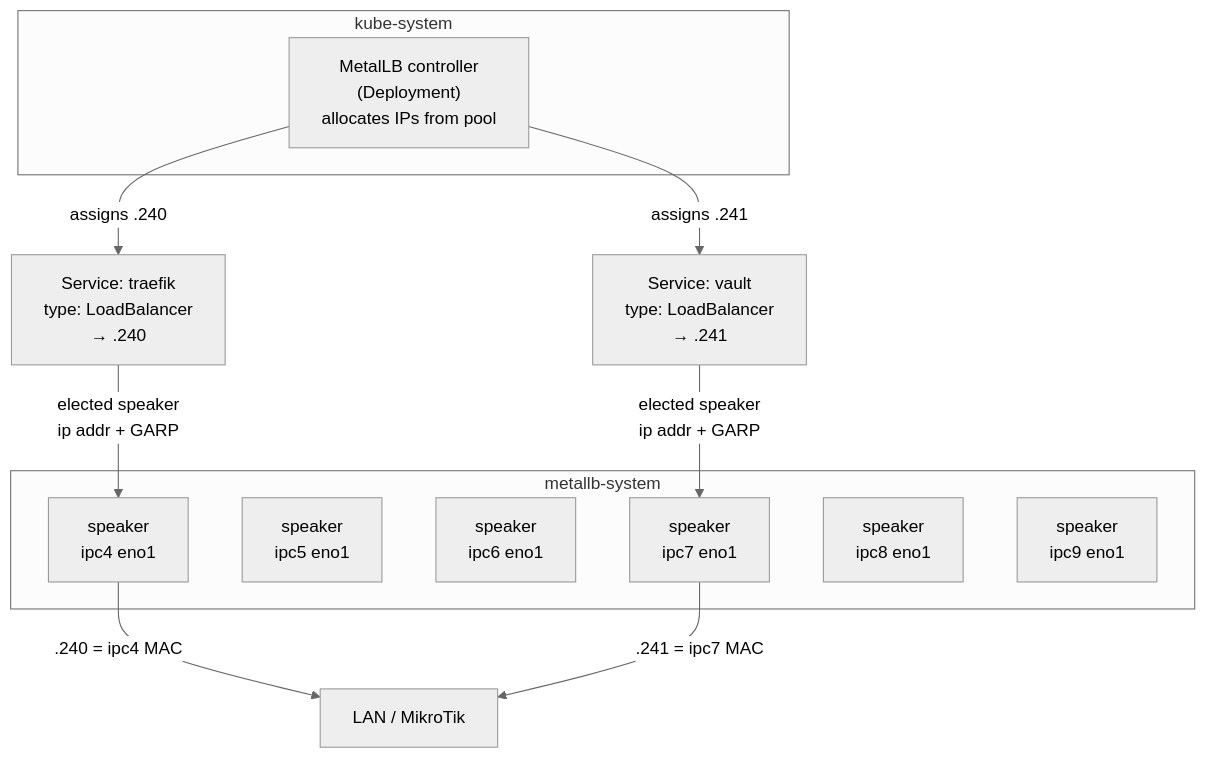
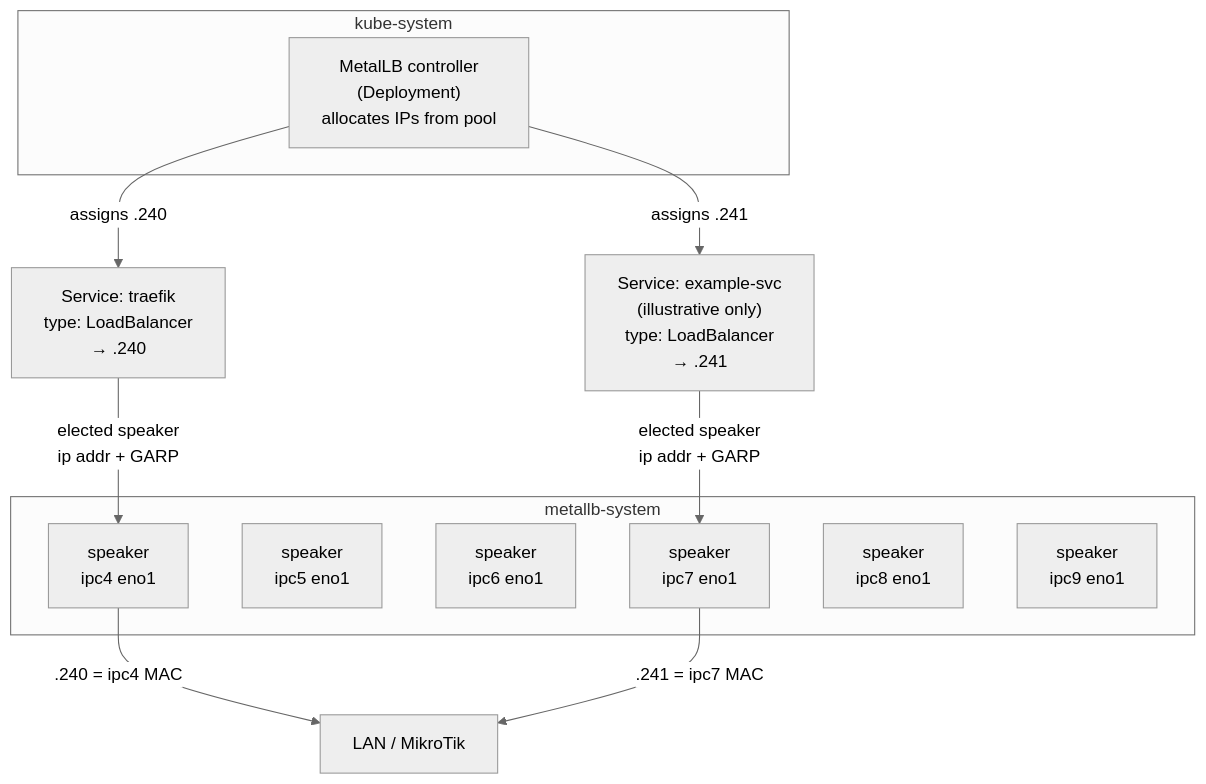
One commit to skeptomai/k3s-experiments changed the third of 5 diagrams in docs/vip-architecture.md. Above: the diagram before and after it, drawn with Mermaid (neutral theme). The commit also changed other lines of this file and 2 other files, not shown here.

````diff
--- a/docs/vip-architecture.md
+++ b/docs/vip-architecture.md
@@ -140,28 +140,28 @@
 ```mermaid
 graph TB
     subgraph "kube-system"
         ctrl["MetalLB controller\n(Deployment)\nallocates IPs from pool"]
     end
 
     subgraph "metallb-system"
         spk4["speaker\nipc4 eno1"]
         spk5["speaker\nipc5 eno1"]
         spk6["speaker\nipc6 eno1"]
         spk7["speaker\nipc7 eno1"]
         spk8["speaker\nipc8 eno1"]
         spk9["speaker\nipc9 eno1"]
     end
 
     svc1["Service: traefik\ntype: LoadBalancer\n→ .240"]
-    svc2["Service: vault\ntype: LoadBalancer\n→ .241"]
+    svc2["Service: example-svc\n(illustrative only)\ntype: LoadBalancer\n→ .241"]
 
     ctrl -->|"assigns .240"| svc1
     ctrl -->|"assigns .241"| svc2
 
     svc1 -->|"elected speaker\nip addr + GARP"| spk4
     svc2 -->|"elected speaker\nip addr + GARP"| spk7
 
     lan["LAN / MikroTik"]
     spk4 -->|".240 = ipc4 MAC"| lan
     spk7 -->|".241 = ipc7 MAC"| lan
 ```
````
